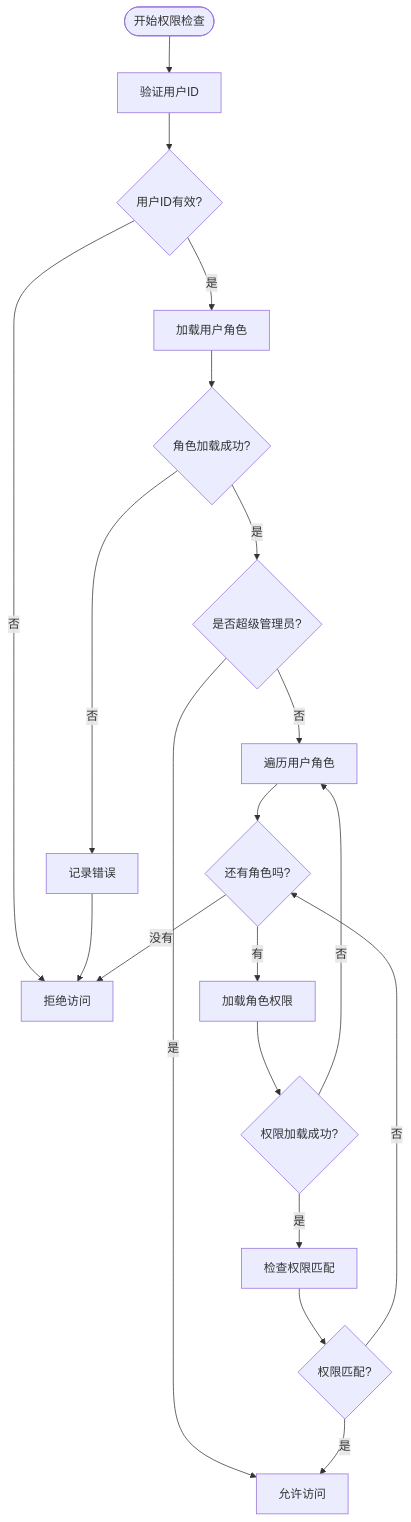
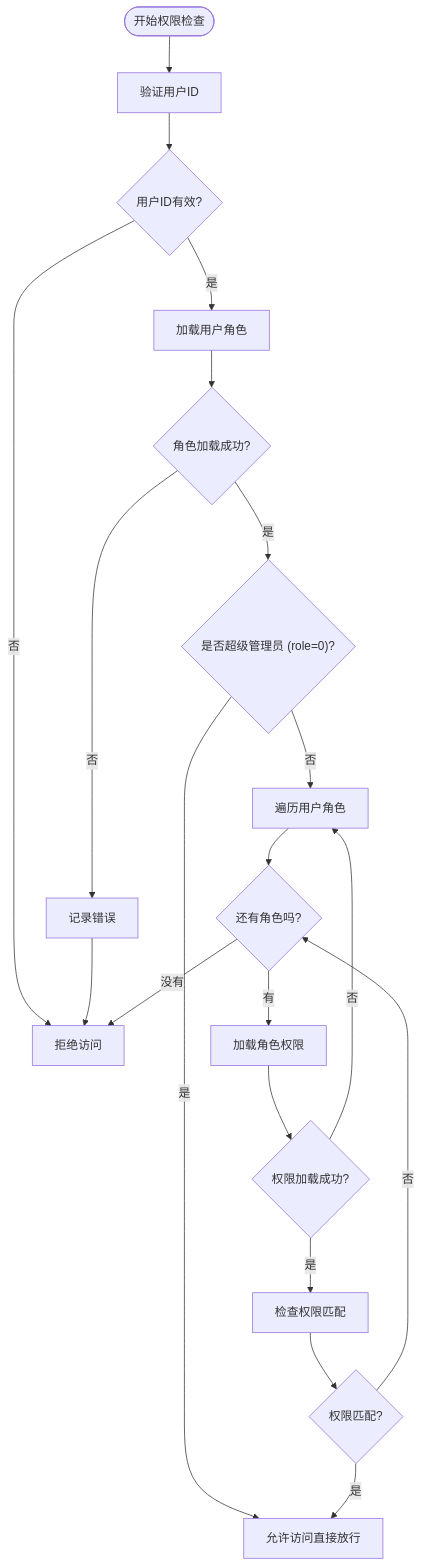
Before and after one commit to mcmrzy/cs_inv_monitor-develop: the sixth of 13 diagrams in .qoder/repowiki/zh/content/安全与权限/RBAC权限控制.md, drawn with Mermaid. The commit also changed other lines of this file and 88 other files, not shown here.

````diff
--- a/.qoder/repowiki/zh/content/安全与权限/RBAC权限控制.md
+++ b/.qoder/repowiki/zh/content/安全与权限/RBAC权限控制.md
@@ -275,21 +308,21 @@
 ```mermaid
 flowchart TD
 Start([开始权限检查]) --> ValidateInput["验证用户ID"]
 ValidateInput --> InputValid{"用户ID有效?"}
 InputValid --> |否| Deny["拒绝访问"]
 InputValid --> |是| LoadRoles["加载用户角色"]
 LoadRoles --> RolesLoaded{"角色加载成功?"}
 RolesLoaded --> |否| LogError["记录错误"] --> Deny
-RolesLoaded --> |是| CheckAdmin{"是否超级管理员?"}
-CheckAdmin --> |是| Allow["允许访问"]
+RolesLoaded --> |是| CheckAdmin{"是否超级管理员 (role=0)?"}
+CheckAdmin --> |是| Allow["允许访问直接放行"]
 CheckAdmin --> |否| IterateRoles["遍历用户角色"]
 IterateRoles --> RoleLoop{"还有角色吗?"}
 RoleLoop --> |有| LoadRolePerms["加载角色权限"]
 LoadRolePerms --> PermsLoaded{"权限加载成功?"}
 PermsLoaded --> |否| IterateRoles
 PermsLoaded --> |是| CheckPerm["检查权限匹配"]
 CheckPerm --> PermMatch{"权限匹配?"}
 PermMatch --> |是| Allow
 PermMatch --> |否| RoleLoop
 RoleLoop --> |没有| Deny
 ```
````
